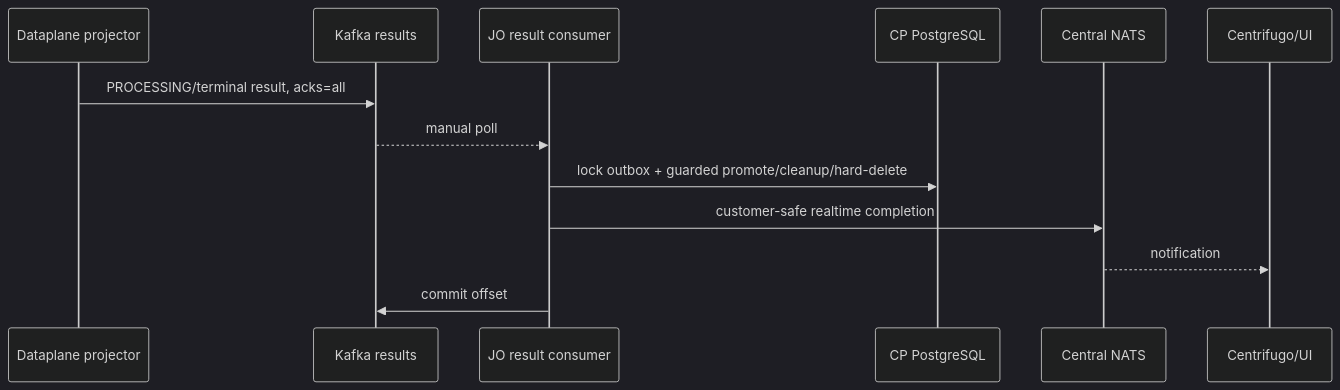
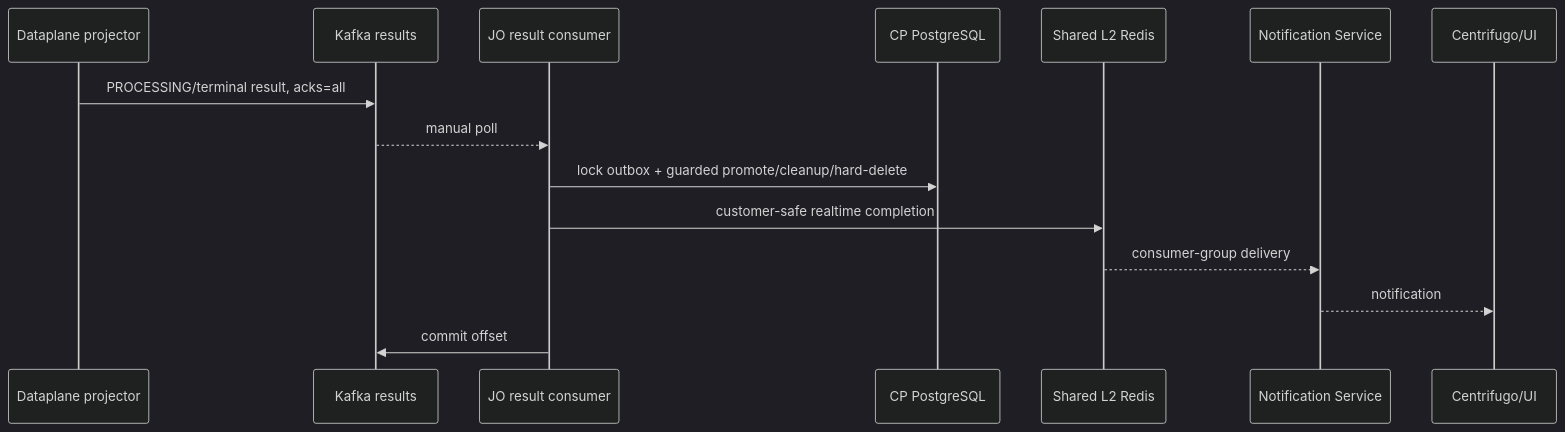
One commit to phucle996/aurora changed the third of 5 diagrams in god_view/mail/mail_configuration_projection_god_view.md. Above: the diagram before and after it, drawn with Mermaid (dark theme). The commit also changed other lines of this file and 95 other files, not shown here.

Commit message:
refactor: modernize dataplane architecture by refactoring leader, workerpool, and job lifecycle components

````diff
--- a/god_view/mail/mail_configuration_projection_god_view.md
+++ b/god_view/mail/mail_configuration_projection_god_view.md
@@ -164,16 +164,18 @@
 ```mermaid
 sequenceDiagram
     participant DP as Dataplane projector
     participant K as Kafka results
     participant JO as JO result consumer
     participant DB as CP PostgreSQL
-    participant N as Central NATS
+    participant R as Shared L2 Redis
+    participant NS as Notification Service
     participant UI as Centrifugo/UI
 
     DP->>K: PROCESSING/terminal result, acks=all
     K-->>JO: manual poll
     JO->>DB: lock outbox + guarded promote/cleanup/hard-delete
-    JO->>N: customer-safe realtime completion
-    N-->>UI: notification
+    JO->>R: customer-safe realtime completion
+    R-->>NS: consumer-group delivery
+    NS-->>UI: notification
     JO->>K: commit offset
 ```
````
